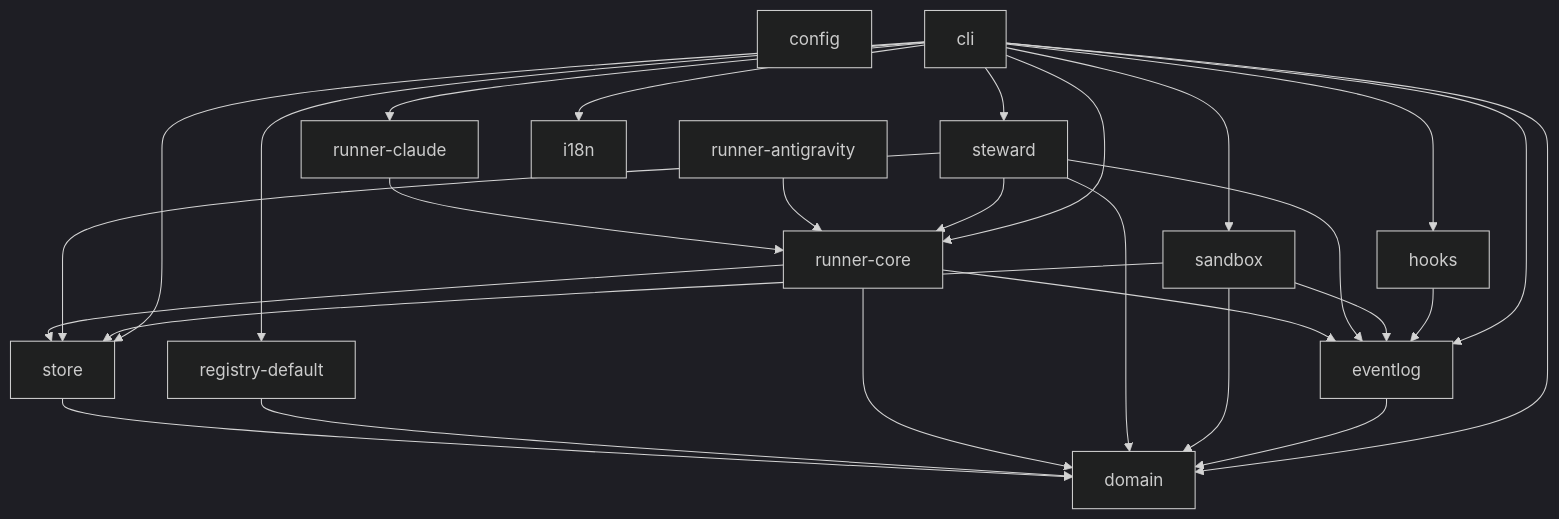
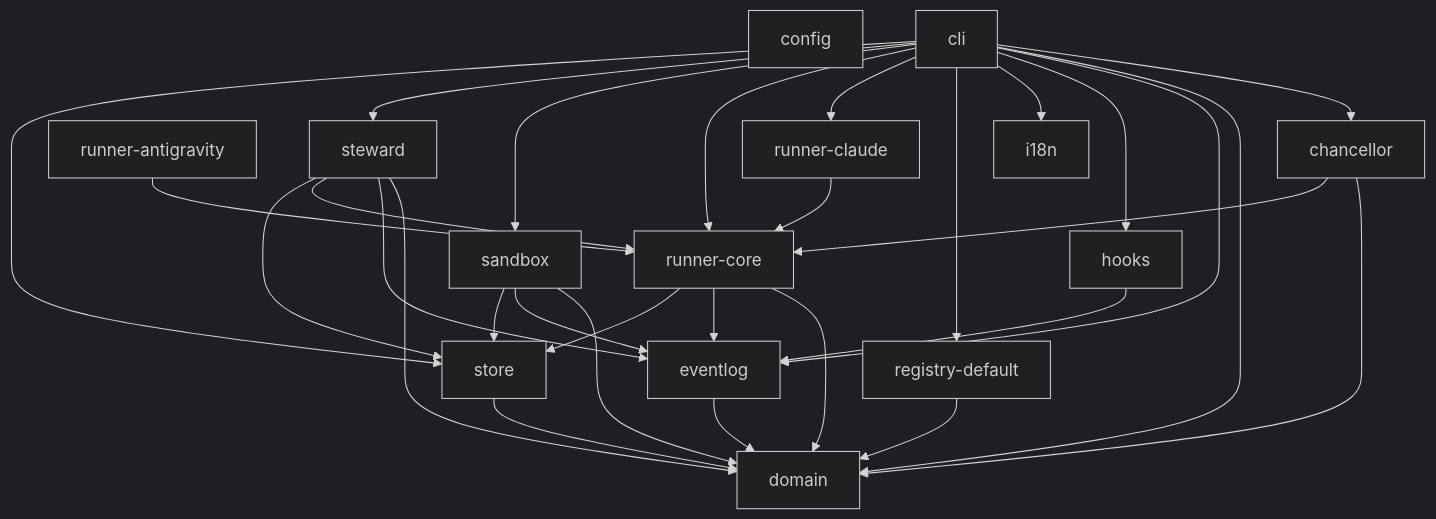
Before and after one commit to thap-nv/the-world-of-elvaria: the diagram in docs/dependency-graph.md, drawn with Mermaid (dark theme). The commit also changed other lines of this file and 40 other files, not shown here.

````diff
--- a/docs/dependency-graph.md
+++ b/docs/dependency-graph.md
@@ -7,42 +7,46 @@
 ```mermaid
 flowchart TD
   config["config"]
   domain["domain"]
   store["store"]
   registry_default["registry-default"]
   runner_core["runner-core"]
   runner_claude["runner-claude"]
   runner_antigravity["runner-antigravity"]
   steward["steward"]
+  chancellor["chancellor"]
   sandbox["sandbox"]
   eventlog["eventlog"]
   hooks["hooks"]
   i18n["i18n"]
   cli["cli"]
   store --> domain
   registry_default --> domain
   runner_core --> domain
   runner_core --> eventlog
   runner_core --> store
   runner_claude --> runner_core
   runner_antigravity --> runner_core
   steward --> domain
   steward --> eventlog
   steward --> runner_core
   steward --> store
+  chancellor --> domain
+  chancellor --> runner_core
   sandbox --> domain
   sandbox --> eventlog
   sandbox --> store
   eventlog --> domain
   hooks --> eventlog
+  cli --> chancellor
   cli --> domain
   cli --> eventlog
   cli --> hooks
   cli --> i18n
   cli --> registry_default
   cli --> runner_claude
   cli --> runner_core
   cli --> sandbox
   cli --> steward
   cli --> store
 ```
````
